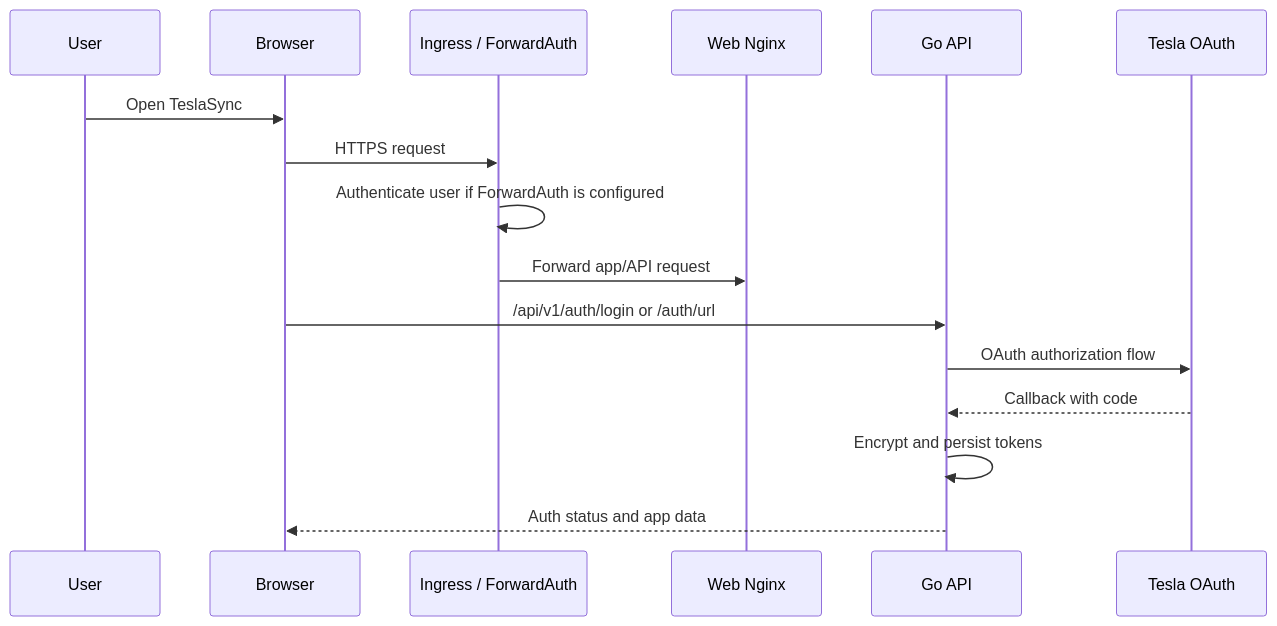
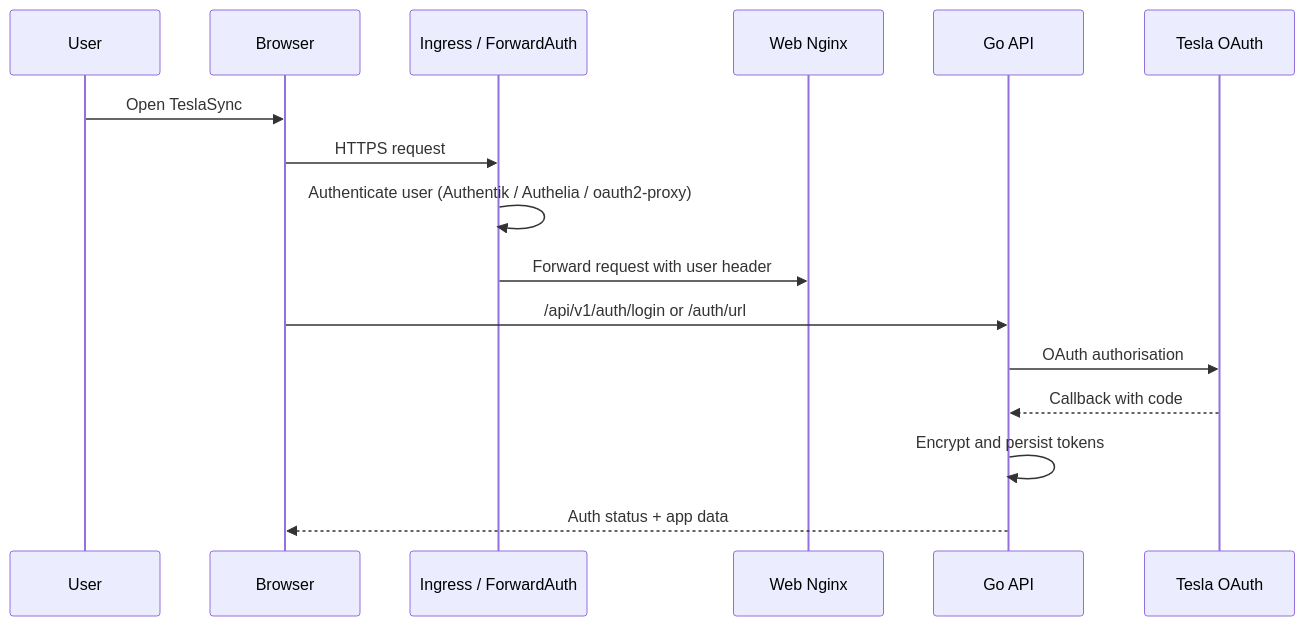
The fourth of 6 diagrams in docs/guide/architecture.md (ev-dev-labs/teslasync), drawn with Mermaid before and after one commit. The commit also changed other lines of this file and 56 other files, not shown here.

````diff
--- a/docs/guide/architecture.md
+++ b/docs/guide/architecture.md
@@ -66,19 +111,19 @@
 ```mermaid
 sequenceDiagram
     participant User
     participant Browser
     participant Proxy as Ingress / ForwardAuth
     participant Web as Web Nginx
     participant API as Go API
     participant Tesla as Tesla OAuth
 
     User->>Browser: Open TeslaSync
     Browser->>Proxy: HTTPS request
-    Proxy->>Proxy: Authenticate user if ForwardAuth is configured
-    Proxy->>Web: Forward app/API request
+    Proxy->>Proxy: Authenticate user (Authentik / Authelia / oauth2-proxy)
+    Proxy->>Web: Forward request with user header
     Browser->>API: /api/v1/auth/login or /auth/url
-    API->>Tesla: OAuth authorization flow
+    API->>Tesla: OAuth authorisation
     Tesla-->>API: Callback with code
     API->>API: Encrypt and persist tokens
-    API-->>Browser: Auth status and app data
+    API-->>Browser: Auth status + app data
 ```
````
